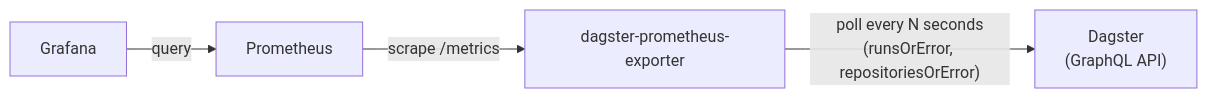
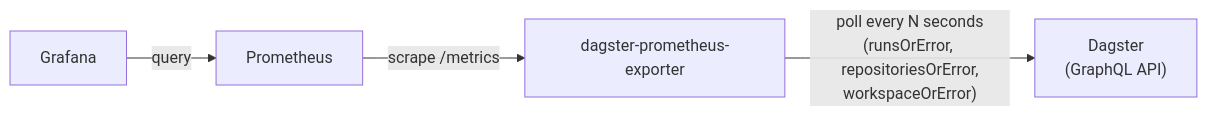
The diagram in README.md (HirofumiTsuda/dagster-prometheus-exporter), drawn with Mermaid before and after one commit. The commit also changed other lines of this file and 10 other files, not shown here.

First line of the commit message:
Add dagster_code_location_load_error metric (#49)

````diff
--- a/README.md
+++ b/README.md
@@ -59,11 +59,11 @@
 ```mermaid
 flowchart LR
     Dagster["Dagster<br/>(GraphQL API)"]
     Exporter["dagster-prometheus-exporter"]
     Prometheus["Prometheus"]
     Grafana["Grafana"]
 
-    Exporter -- "poll every N seconds<br/>(runsOrError, repositoriesOrError)" --> Dagster
+    Exporter -- "poll every N seconds<br/>(runsOrError, repositoriesOrError,<br/>workspaceOrError)" --> Dagster
     Prometheus -- "scrape /metrics" --> Exporter
     Grafana -- query --> Prometheus
 ```
````
